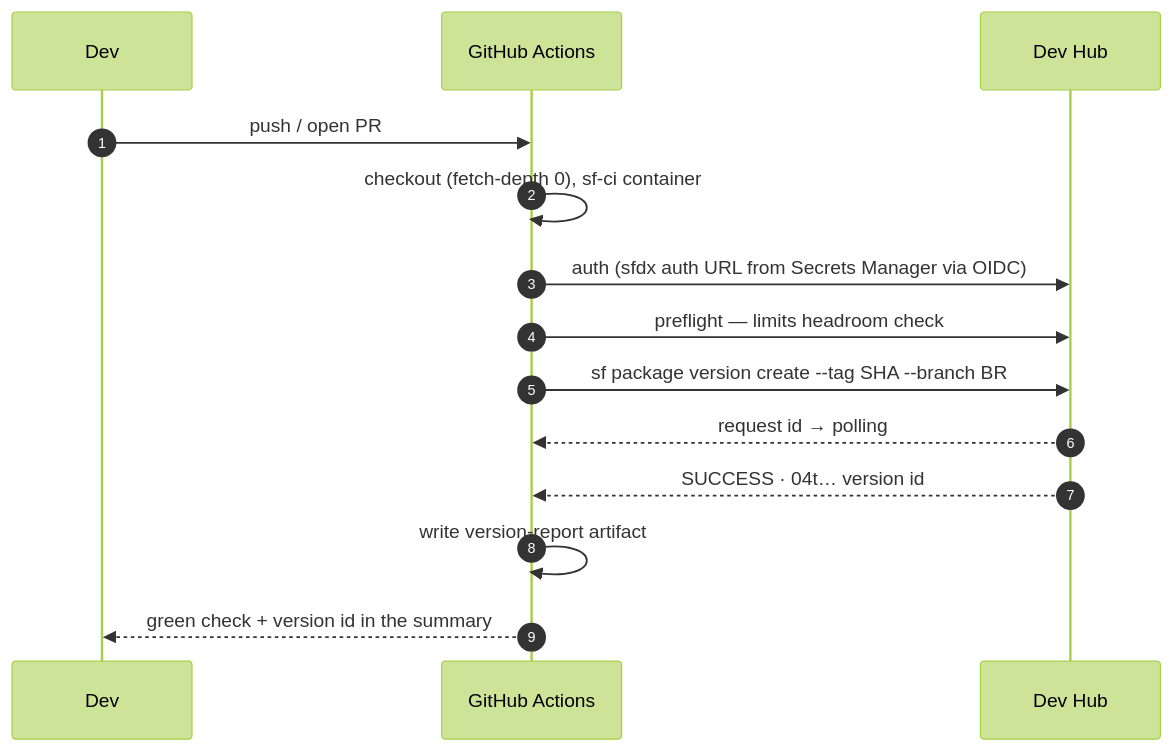
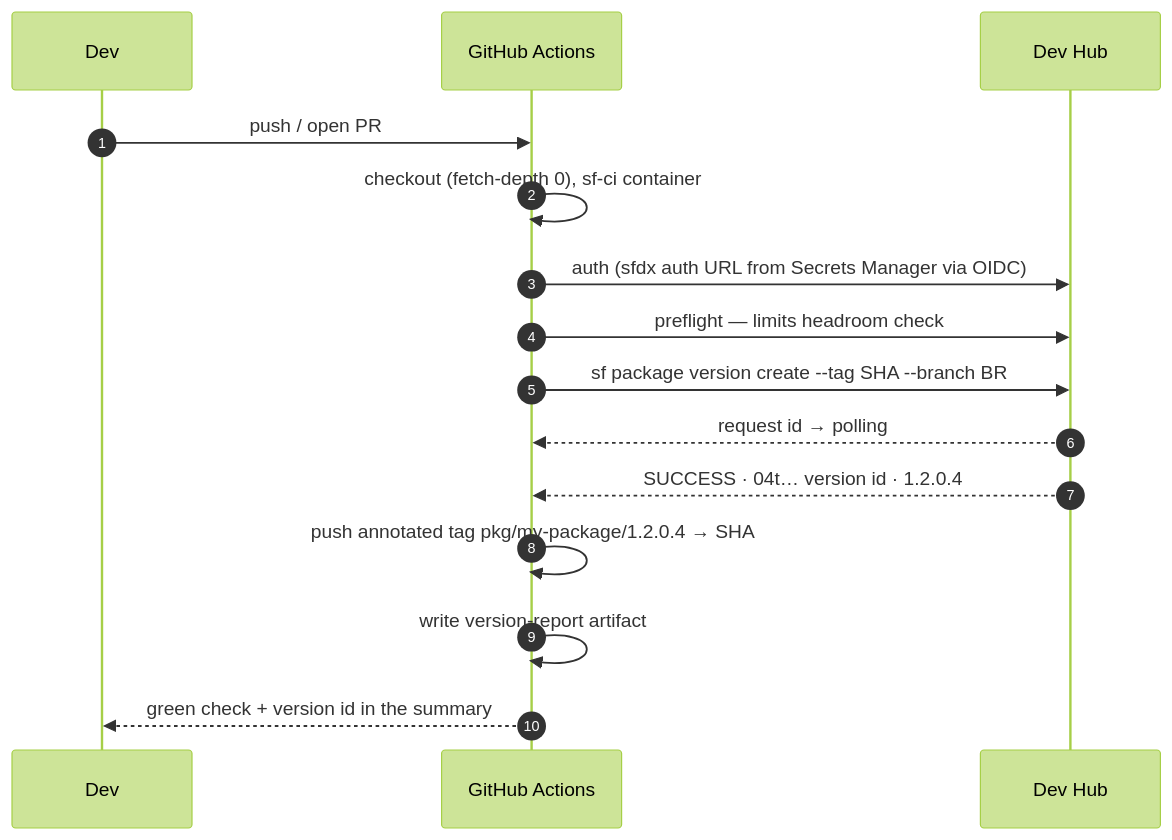
Before and after one commit to Gforce-Innovation-Kft/shared-github-actions: the fourth of 10 diagrams in docs/superpowers/specs/2026-08-05-sf-selfheal-flow-design.md, drawn with Mermaid (forest theme). The commit also changed other lines of this file and 1 other file, not shown here.

First line of the commit message:
Docs: bidirectional version correlation, derive workflow inputs

````diff
--- a/docs/superpowers/specs/2026-08-05-sf-selfheal-flow-design.md
+++ b/docs/superpowers/specs/2026-08-05-sf-selfheal-flow-design.md
@@ -83,17 +135,18 @@
 ```mermaid
 sequenceDiagram
   autonumber
   participant Dev
   participant GH as GitHub Actions
   participant DH as Dev Hub
 
   Dev->>GH: push / open PR
   GH->>GH: checkout (fetch-depth 0), sf-ci container
   GH->>DH: auth (sfdx auth URL from Secrets Manager via OIDC)
   GH->>DH: preflight — limits headroom check
   GH->>DH: sf package version create --tag SHA --branch BR
   DH-->>GH: request id → polling
-  DH-->>GH: SUCCESS · 04t… version id
+  DH-->>GH: SUCCESS · 04t… version id · 1.2.0.4
+  GH->>GH: push annotated tag pkg/my-package/1.2.0.4 → SHA
   GH->>GH: write version-report artifact
   GH-->>Dev: green check + version id in the summary
 ```
````
